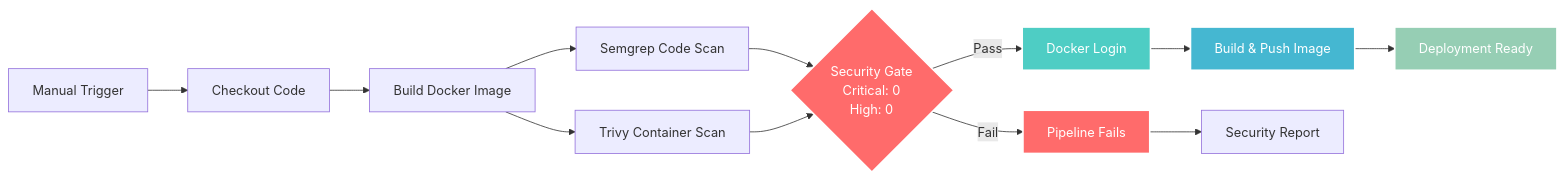
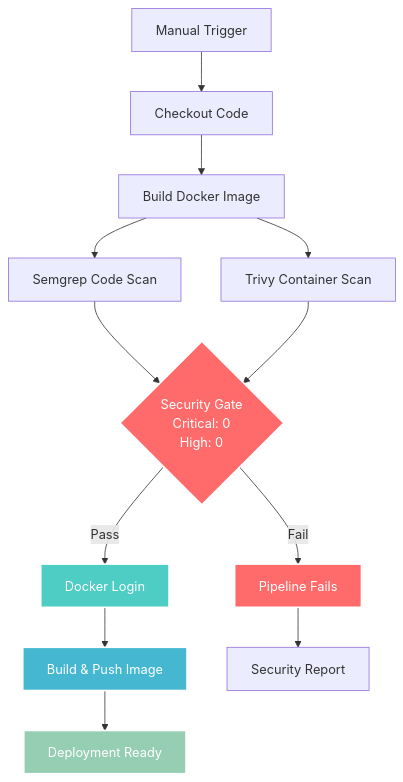
The diagram in README.md (hojhon/hojhon-site), drawn with Mermaid before and after one commit.

````diff
--- a/README.md
+++ b/README.md
@@ -22,19 +22,25 @@
 ```mermaid
-graph LR
-    A[Manual Trigger] --> B[Checkout Code] --> C[Build Docker Image]
+graph TB
+    A[Manual Trigger] --> B[Checkout Code]
+    B --> C[Build Docker Image]
     
     C --> D[Semgrep Code Scan]
     C --> E[Trivy Container Scan]
     
     D --> F{Security Gate<br/>Critical: 0<br/>High: 0}
     E --> F
     
-    F -->|Pass| G[Docker Login] --> H[Build & Push Image] --> I[Deployment Ready]
-    F -->|Fail| J[Pipeline Fails] --> K[Security Report]
+    F -->|Pass| G[Docker Login]
+    F -->|Fail| J[Pipeline Fails]
+    
+    G --> H[Build & Push Image]
+    H --> I[Deployment Ready]
+    
+    J --> K[Security Report]
     
     style F fill:#ff6b6b,stroke:#ffffff,stroke-width:2px,color:#ffffff
     style G fill:#4ecdc4,stroke:#ffffff,stroke-width:2px,color:#ffffff
     style H fill:#45b7d1,stroke:#ffffff,stroke-width:2px,color:#ffffff
     style J fill:#ff6b6b,stroke:#ffffff,stroke-width:2px,color:#ffffff
     style I fill:#96ceb4,stroke:#ffffff,stroke-width:2px,color:#ffffff
 ```
````
